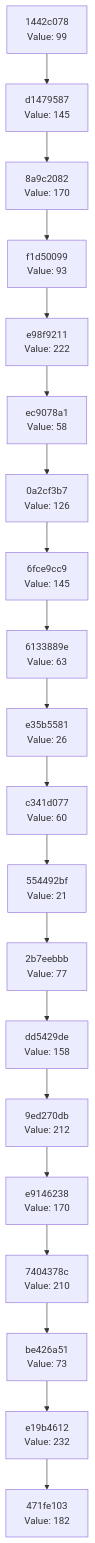
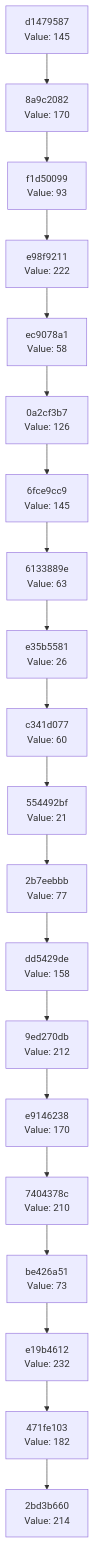
The diagram in docs/CHAIN_VISUALIZATION.md (Abhisheksinha1506/hash-chain-evolver), drawn with Mermaid before and after one commit. The commit also changed 3 other files, not shown here.

````diff
--- a/docs/CHAIN_VISUALIZATION.md
+++ b/docs/CHAIN_VISUALIZATION.md
@@ -3,42 +3,42 @@
 ```mermaid
 graph TD
-    C0["471fe103<br/>Value: 182"]
-    C1["e19b4612<br/>Value: 232"]
+    C0["2bd3b660<br/>Value: 214"]
+    C1["471fe103<br/>Value: 182"]
     C1 --> C0
-    C2["be426a51<br/>Value: 73"]
+    C2["e19b4612<br/>Value: 232"]
     C2 --> C1
-    C3["7404378c<br/>Value: 210"]
+    C3["be426a51<br/>Value: 73"]
     C3 --> C2
-    C4["e9146238<br/>Value: 170"]
+    C4["7404378c<br/>Value: 210"]
     C4 --> C3
-    C5["9ed270db<br/>Value: 212"]
+    C5["e9146238<br/>Value: 170"]
     C5 --> C4
-    C6["dd5429de<br/>Value: 158"]
+    C6["9ed270db<br/>Value: 212"]
     C6 --> C5
-    C7["2b7eebbb<br/>Value: 77"]
+    C7["dd5429de<br/>Value: 158"]
     C7 --> C6
-    C8["554492bf<br/>Value: 21"]
+    C8["2b7eebbb<br/>Value: 77"]
     C8 --> C7
-    C9["c341d077<br/>Value: 60"]
+    C9["554492bf<br/>Value: 21"]
     C9 --> C8
-    C10["e35b5581<br/>Value: 26"]
+    C10["c341d077<br/>Value: 60"]
     C10 --> C9
-    C11["6133889e<br/>Value: 63"]
+    C11["e35b5581<br/>Value: 26"]
     C11 --> C10
-    C12["6fce9cc9<br/>Value: 145"]
+    C12["6133889e<br/>Value: 63"]
     C12 --> C11
-    C13["0a2cf3b7<br/>Value: 126"]
+    C13["6fce9cc9<br/>Value: 145"]
     C13 --> C12
-    C14["ec9078a1<br/>Value: 58"]
+    C14["0a2cf3b7<br/>Value: 126"]
     C14 --> C13
-    C15["e98f9211<br/>Value: 222"]
+    C15["ec9078a1<br/>Value: 58"]
     C15 --> C14
-    C16["f1d50099<br/>Value: 93"]
+    C16["e98f9211<br/>Value: 222"]
     C16 --> C15
-    C17["8a9c2082<br/>Value: 170"]
+    C17["f1d50099<br/>Value: 93"]
     C17 --> C16
-    C18["d1479587<br/>Value: 145"]
+    C18["8a9c2082<br/>Value: 170"]
     C18 --> C17
-    C19["1442c078<br/>Value: 99"]
+    C19["d1479587<br/>Value: 145"]
     C19 --> C18
 ```
````
